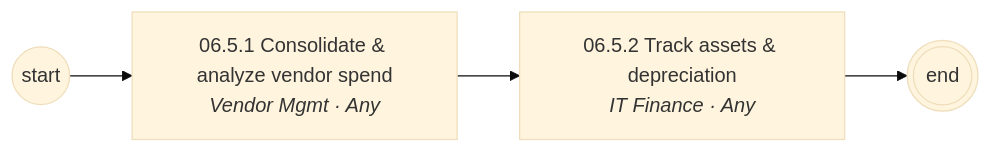
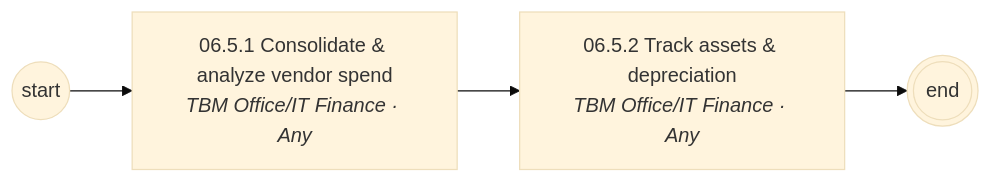
The sixth of 7 diagrams in diagrams/mermaid/area-06.md (corbyjames/apptio-process-catalog), drawn with Mermaid (base theme) before and after one commit. The commit also changed other lines of this file and 251 other files, not shown here.

````diff
--- a/diagrams/mermaid/area-06.md
+++ b/diagrams/mermaid/area-06.md
@@ -93,9 +93,9 @@
 ```mermaid
 flowchart LR
   S((start))
-  N06_5_1["06.5.1 Consolidate & analyze vendor spend<br/><i>Vendor Mgmt · Any</i>"]
+  N06_5_1["06.5.1 Consolidate & analyze vendor spend<br/><i>TBM Office/IT Finance · Any</i>"]
   S --> N06_5_1
-  N06_5_2["06.5.2 Track assets & depreciation<br/><i>IT Finance · Any</i>"]
+  N06_5_2["06.5.2 Track assets & depreciation<br/><i>TBM Office/IT Finance · Any</i>"]
   N06_5_1 --> N06_5_2
   N06_5_2 --> E(((end)))
 ```
````
